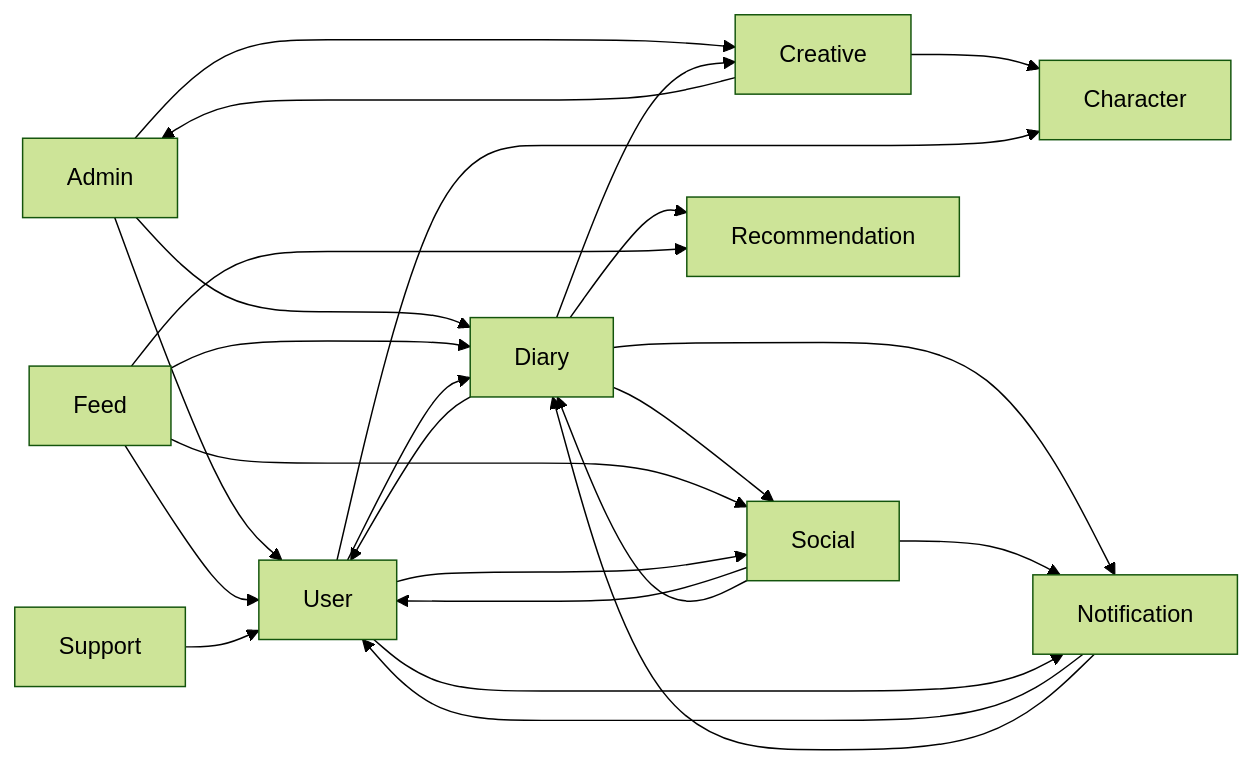
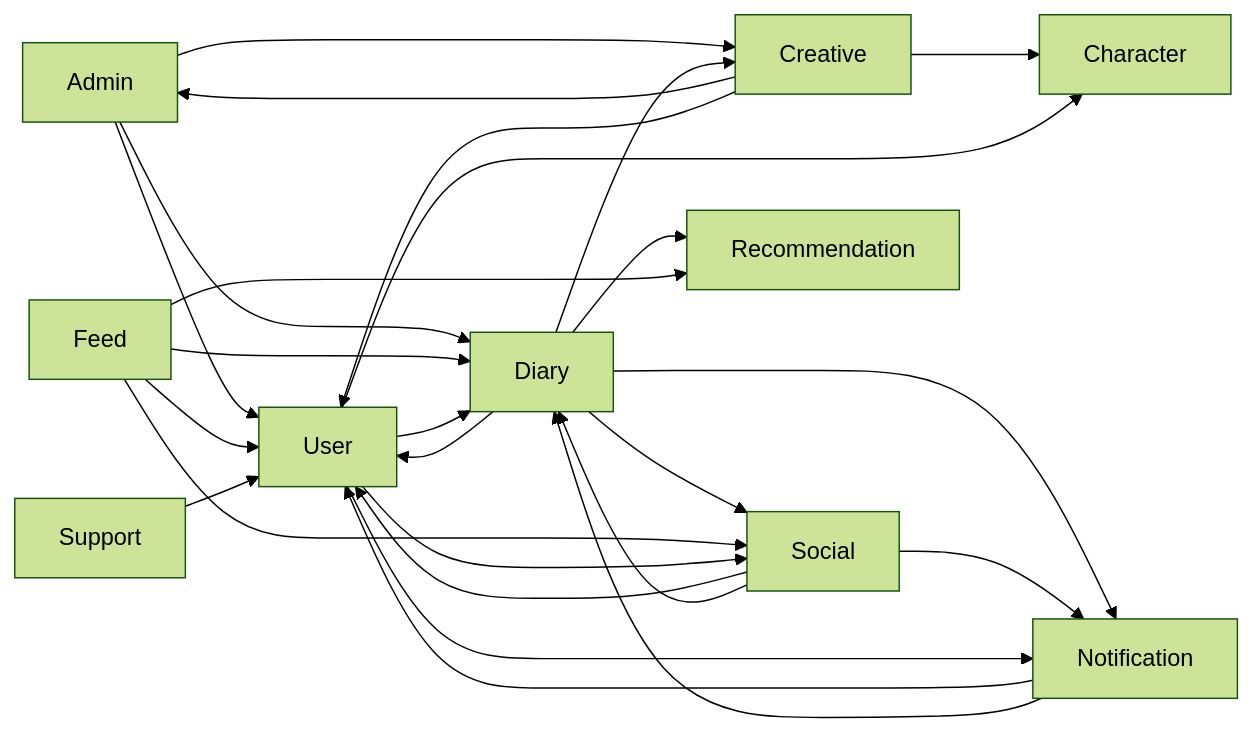
One commit to MyPicDay/piku-back changed the diagram in docs/architecture/bounded-context-map.md. Above: the diagram before and after it, drawn with Mermaid (forest theme). The commit also changed other lines of this file and 30 other files, not shown here.

````diff
--- a/docs/architecture/bounded-context-map.md
+++ b/docs/architecture/bounded-context-map.md
@@ -88,27 +88,28 @@
 ```mermaid
 flowchart LR
     Admin --> User
     Admin --> Diary
     Admin --> Creative
     Creative --> Character
     Creative --> Admin
+    Creative --> User
     Diary --> User
     Diary --> Social
     Diary --> Creative
     Diary --> Notification
     Diary --> Recommendation
     Feed --> User
     Feed --> Diary
     Feed --> Social
     Feed --> Recommendation
     Notification --> User
     Notification --> Diary
     Social --> User
     Social --> Diary
     Social --> Notification
     Support --> User
     User --> Character
     User --> Diary
     User --> Social
     User --> Notification
 ```
````
